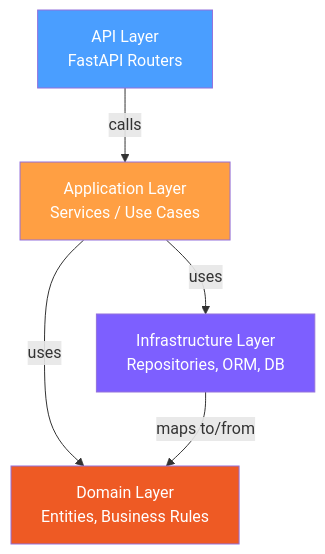
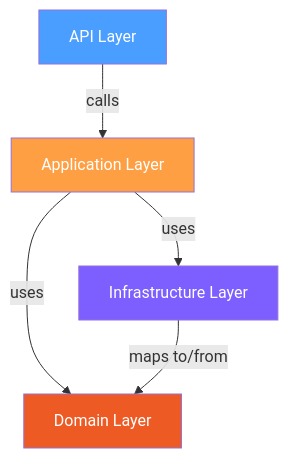
Before and after one commit to dremdem/illuminati: the first of 2 diagrams in docs/project-setup.md, drawn with Mermaid. The commit also changed other lines of this file and 2 other files, not shown here.

Commit message:
fix: shorten Mermaid diagram labels to prevent text truncation
Remove <br/> multiline labels and long descriptions from Mermaid nodes.
GitHub renders these in fixed-width boxes that clip long text.
Moved detailed descriptions into companion tables instead.

````diff
--- a/docs/project-setup.md
+++ b/docs/project-setup.md
@@ -70,12 +70,12 @@
 ```mermaid
 graph TD
-    A[API Layer<br/>FastAPI Routers] -->|calls| B[Application Layer<br/>Services / Use Cases]
-    B -->|uses| C[Domain Layer<br/>Entities, Business Rules]
-    B -->|uses| D[Infrastructure Layer<br/>Repositories, ORM, DB]
+    A["API Layer"] -->|calls| B["Application Layer"]
+    B -->|uses| C["Domain Layer"]
+    B -->|uses| D["Infrastructure Layer"]
     D -->|maps to/from| C
 
     style A fill:#4a9eff,color:#fff
     style B fill:#ff9f43,color:#fff
     style C fill:#ee5a24,color:#fff
     style D fill:#7d5fff,color:#fff
 ```
````
